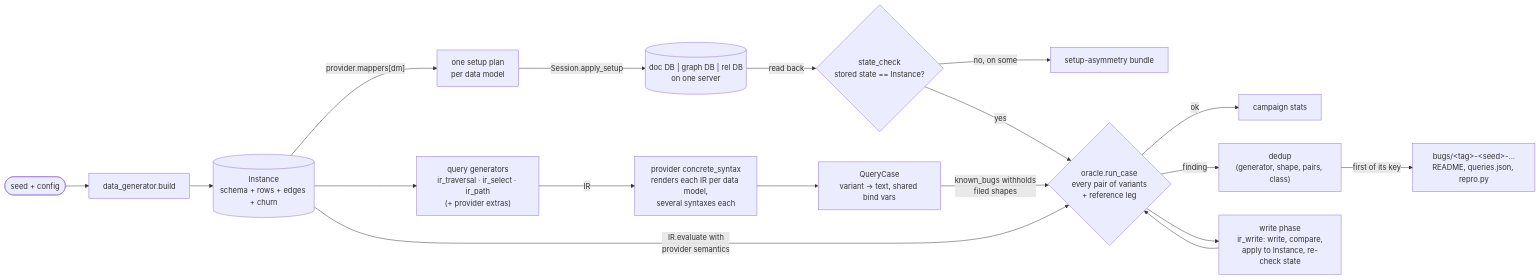
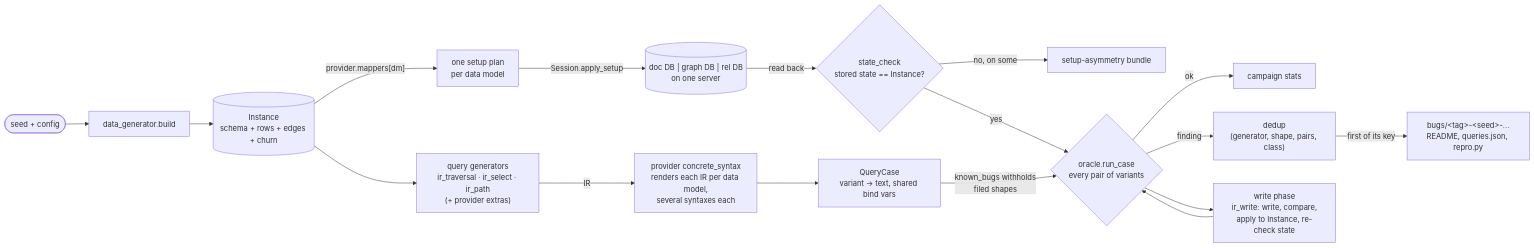
The second of 2 diagrams in docs/architecture.md (adoubleb/ganda), drawn with Mermaid before and after one commit. The commit also changed other lines of this file and 69 other files, not shown here.

````diff
--- a/docs/architecture.md
+++ b/docs/architecture.md
@@ -61,25 +63,24 @@
 ```mermaid
 flowchart LR
     seed(["seed + config"]) --> build["data_generator.build"]
     build --> inst[("Instance<br/>schema + rows + edges + churn")]
 
     inst -- "provider.mappers[dm]" --> plans["one setup plan<br/>per data model"]
     plans -- "Session.apply_setup" --> dbs[("doc DB | graph DB | rel DB<br/>on one server")]
     dbs -- "read back" --> sc{"state_check<br/>stored state == Instance?"}
     sc -- "no, on some" --> setup_bundle["setup-asymmetry bundle"]
 
     inst --> qgen["query generators<br/>ir_traversal · ir_select · ir_path<br/>(+ provider extras)"]
     qgen -- "IR" --> render["provider concrete_syntax<br/>renders each IR per data model,<br/>several syntaxes each"]
     render --> case["QueryCase<br/>variant → text, shared bind vars"]
     case -- "known_bugs withholds<br/>filed shapes" --> oracle
 
-    sc -- "yes" --> oracle{"oracle.run_case<br/>every pair of variants<br/>+ reference leg"}
-    inst -- "IR.evaluate with<br/>provider semantics" --> oracle
+    sc -- "yes" --> oracle{"oracle.run_case<br/>every pair of variants"}
 
     oracle -- "ok" --> stats["campaign stats"]
     oracle -- "finding" --> dedup["dedup<br/>(generator, shape, pairs, class)"]
     dedup -- "first of its key" --> bundle["bugs/&lt;tag&gt;-&lt;seed&gt;-...<br/>README, queries.json, repro.py"]
 
     oracle --> wp["write phase<br/>ir_write: write, compare,<br/>apply to Instance, re-check state"]
     wp --> oracle
 ```
````
